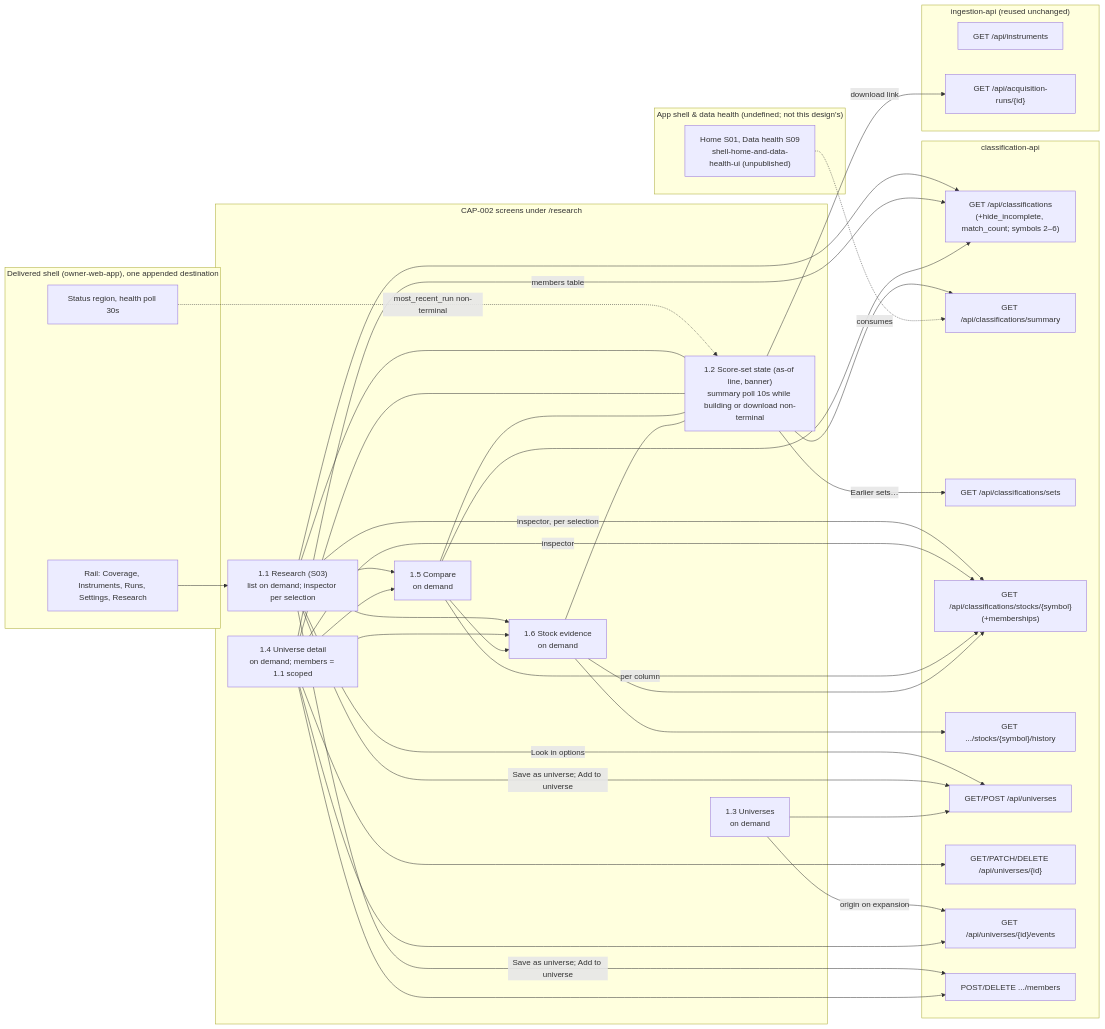
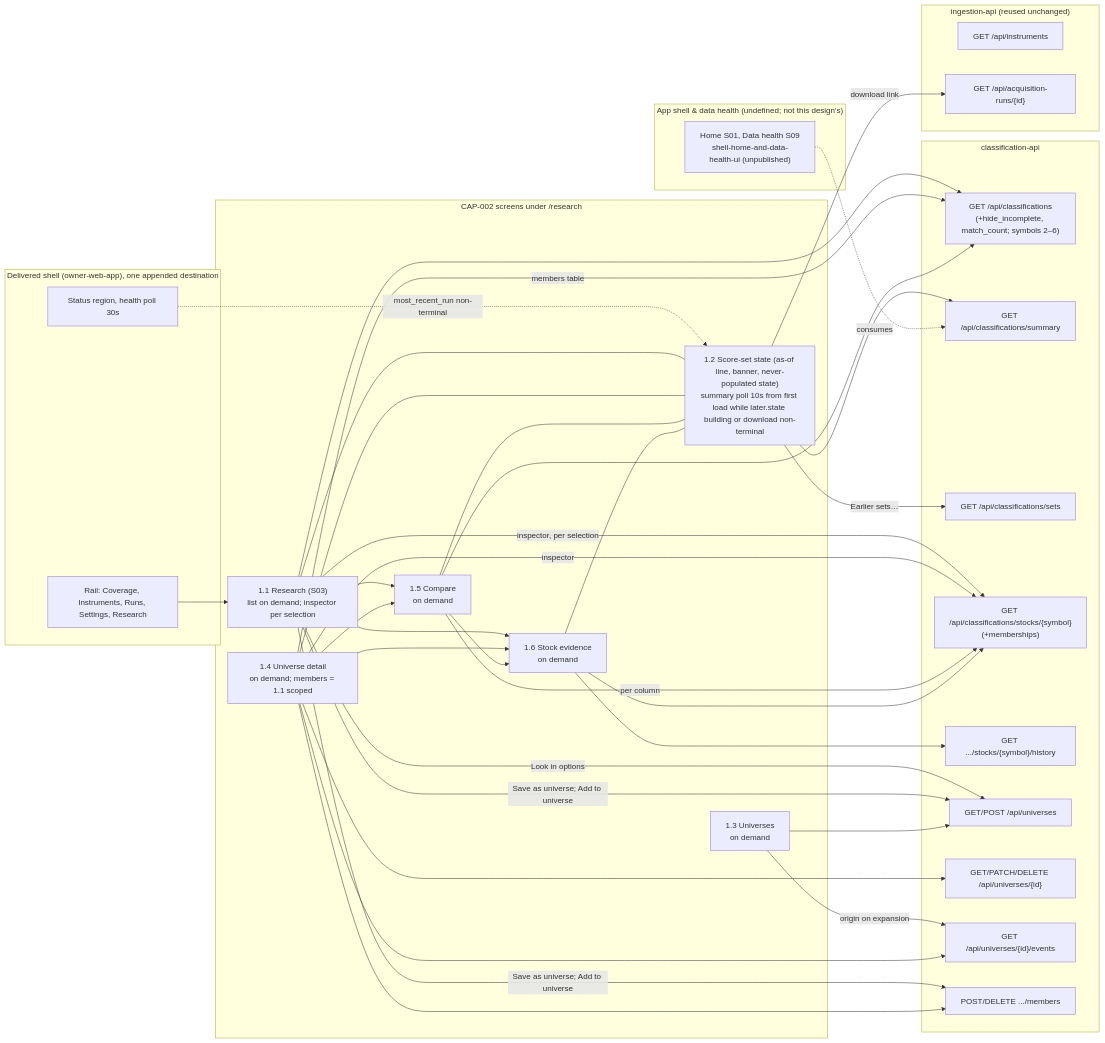
One commit to ajodraca/FactorFlow-v2 changed the first of 2 diagrams in docs/capabilities/CAP-002-universe-and-factor-classification/design/component-design-classification-ui.md. Above: the diagram before and after it, drawn with Mermaid. The commit also changed other lines of this file and 6 other files, not shown here.

````diff
--- a/docs/capabilities/CAP-002-universe-and-factor-classification/design/component-design-classification-ui.md
+++ b/docs/capabilities/CAP-002-universe-and-factor-classification/design/component-design-classification-ui.md
@@ -268,54 +328,54 @@
 ```mermaid
 flowchart LR
     subgraph SHELL["Delivered shell (owner-web-app), one appended destination"]
         NAV["Rail: Coverage, Instruments, Runs, Settings, Research"]
         ST["Status region, health poll 30s"]
     end
     subgraph SCREENS["CAP-002 screens under /research"]
         RS["1.1 Research (S03)<br/>list on demand; inspector per selection"]
-        SS["1.2 Score-set state (as-of line, banner)<br/>summary poll 10s while building or download non-terminal"]
+        SS["1.2 Score-set state (as-of line, banner, never-populated state)<br/>summary poll 10s from first load while later.state building or download non-terminal"]
         UN["1.3 Universes<br/>on demand"]
         UD["1.4 Universe detail<br/>on demand; members = 1.1 scoped"]
         CO["1.5 Compare<br/>on demand"]
         SE["1.6 Stock evidence<br/>on demand"]
     end
     subgraph API["classification-api"]
         GC["GET /api/classifications<br/>(+hide_incomplete, match_count; symbols 2–6)"]
         GSUM["GET /api/classifications/summary"]
         GS["GET /api/classifications/sets"]
         GE["GET /api/classifications/stocks/{symbol}<br/>(+memberships)"]
         GH["GET .../stocks/{symbol}/history"]
         GU["GET/POST /api/universes"]
         GUD["GET/PATCH/DELETE /api/universes/{id}"]
         GUE["GET /api/universes/{id}/events"]
         GUM["POST/DELETE .../members"]
     end
     subgraph CAP1["ingestion-api (reused unchanged)"]
         GI["GET /api/instruments"]
         GR["GET /api/acquisition-runs/{id}"]
     end
     subgraph SHELLCAP["App shell & data health (undefined; not this design's)"]
         HOME["Home S01, Data health S09<br/>shell-home-and-data-health-ui (unpublished)"]
     end
     NAV --> RS
     RS --> GC
     RS -->|Look in options| GU
     RS -->|inspector, per selection| GE
     RS -->|Save as universe; Add to universe| GU & GUM
     SS --> GSUM
     SS -->|Earlier sets…| GS
     SS -->|download link| GR
     UN --> GU
     UN -->|origin on expansion| GUE
     UD --> GUD & GUE & GUM
     UD -->|members table| GC
     UD -->|inspector| GE
     CO --> GC
     CO -->|per column| GE
     SE --> GE & GH
     ST -.->|most_recent_run non-terminal| SS
     RS & UD & CO & SE --- SS
     RS & UD --> CO
     RS & UD & CO --> SE
     HOME -.->|consumes| GSUM
 ```
````
